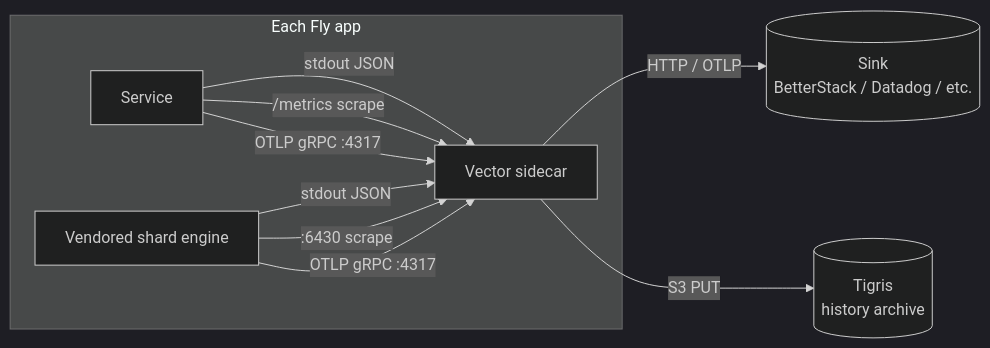
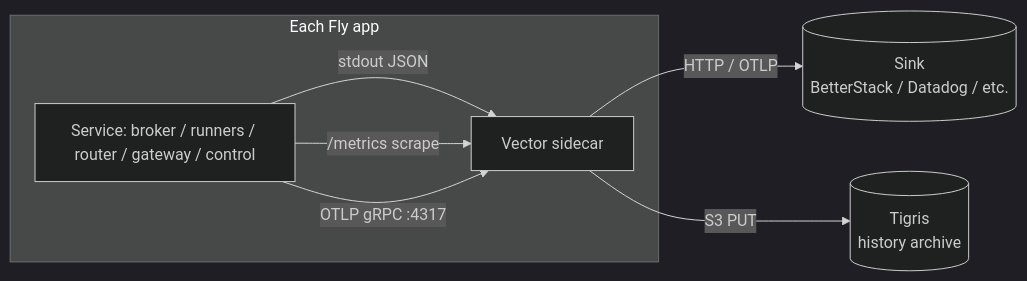
The second of 2 diagrams in docs-next/subsystems/observability.md (pax-historia/pax-backend), drawn with Mermaid (dark theme) before and after one commit. The commit also changed other lines of this file and 46 other files, not shown here.

````diff
--- a/docs-next/subsystems/observability.md
+++ b/docs-next/subsystems/observability.md
@@ -246,19 +245,15 @@
 ```mermaid
 flowchart LR
   subgraph fly_app[Each Fly app]
-    svc[Service]
-    shardEngine[Vendored shard engine]
+    svc[Service: broker / runners / router / gateway / control]
     vector[Vector sidecar]
   end
   sink[(Sink<br/>BetterStack / Datadog / etc.)]
   tigris[(Tigris<br/>history archive)]
 
   svc -->|stdout JSON| vector
   svc -->|/metrics scrape| vector
   svc -->|OTLP gRPC :4317| vector
-  shardEngine -->|stdout JSON| vector
-  shardEngine -->|:6430 scrape| vector
-  shardEngine -->|OTLP gRPC :4317| vector
   vector -->|HTTP / OTLP| sink
   vector -->|S3 PUT| tigris
 ```
````
